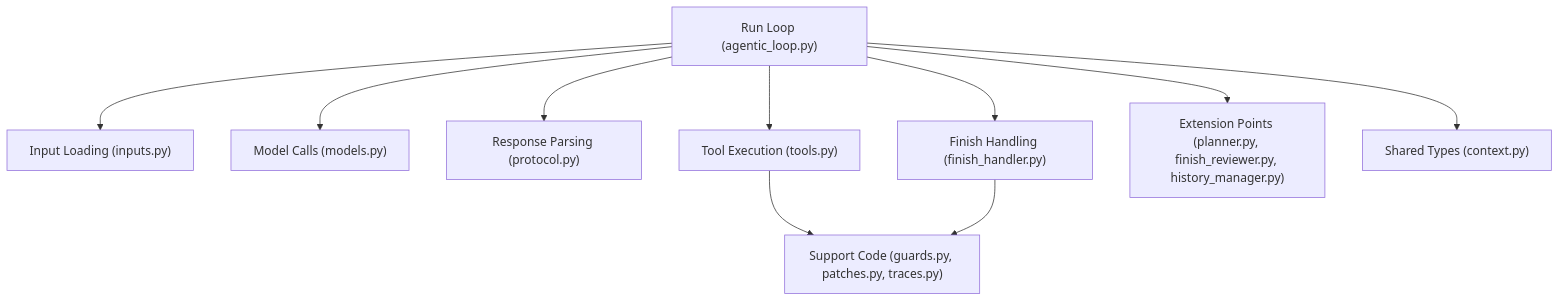
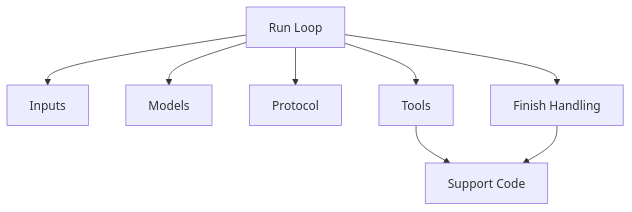
The third of 4 diagrams in README.md (mtov/minixx), drawn with Mermaid before and after one commit. The commit also changed other lines of this file, not shown here.

Commit message:
docs: simplify README architecture diagrams

````diff
--- a/README.md
+++ b/README.md
@@ -145,22 +141,18 @@
 ```mermaid
 flowchart TD
-    A["Run Loop (agentic_loop.py)"]
-    B["Input Loading (inputs.py)"]
-    C["Model Calls (models.py)"]
-    D["Response Parsing (protocol.py)"]
-    E["Tool Execution (tools.py)"]
-    F["Finish Handling (finish_handler.py)"]
-    G["Extension Points (planner.py, finish_reviewer.py, history_manager.py)"]
-    H["Shared Types (context.py)"]
-    I["Support Code (guards.py, patches.py, traces.py)"]
+    A["Run Loop"]
+    B["Inputs"]
+    C["Models"]
+    D["Protocol"]
+    E["Tools"]
+    F["Finish Handling"]
+    G["Support Code"]
 
     A --> B
     A --> C
     A --> D
     A --> E
     A --> F
-    A --> G
-    A --> H
-    E --> I
-    F --> I
+    E --> G
+    F --> G
 ```
````
